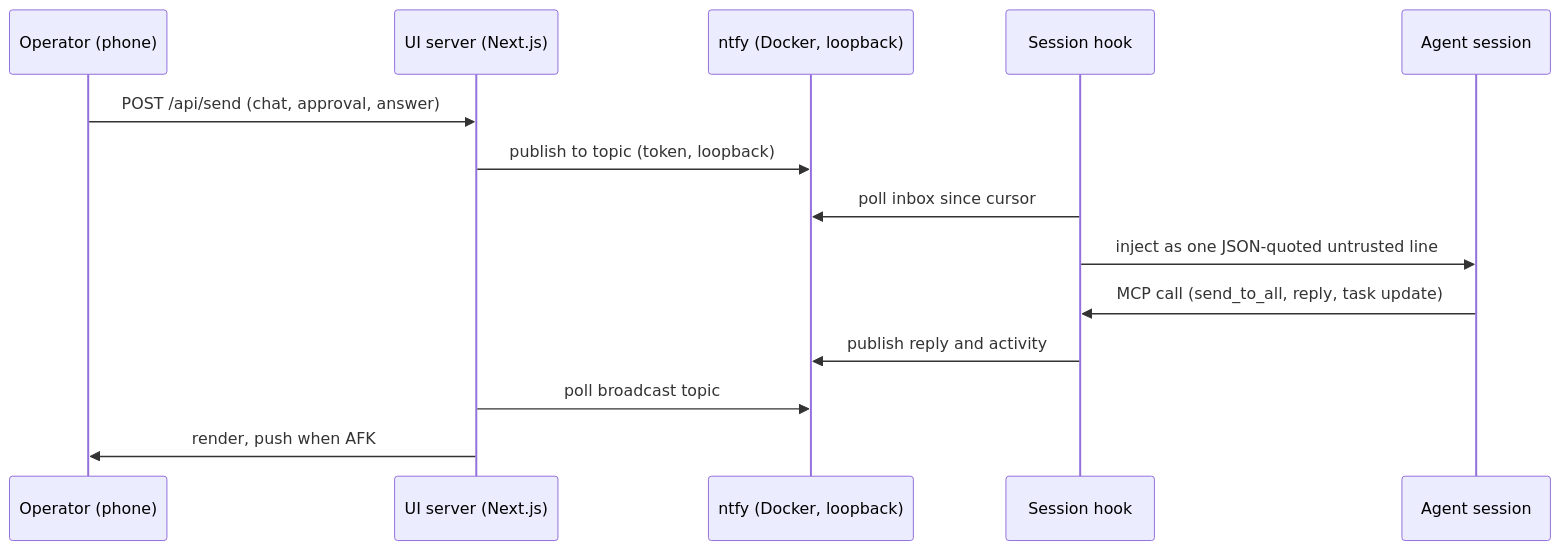
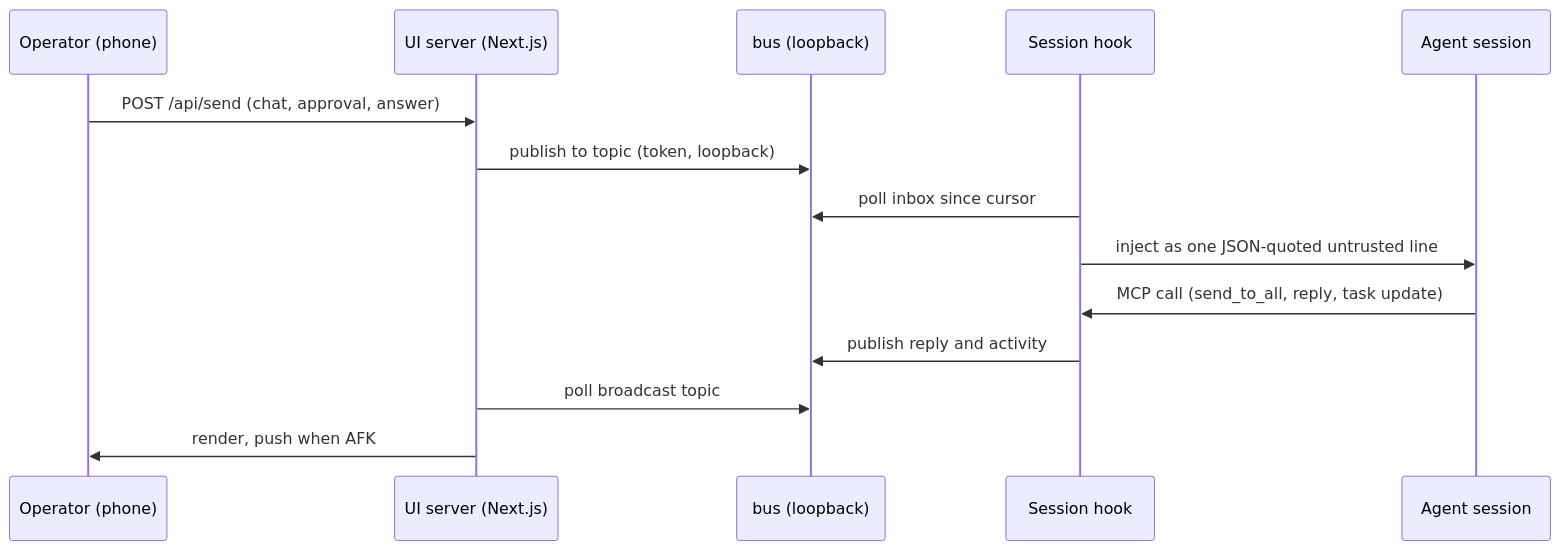
One commit to bcmyguest/ai-collab changed the second of 3 diagrams in docs/architecture-diagrams.md. Above: the diagram before and after it, drawn with Mermaid. The commit also changed other lines of this file and 64 other files, not shown here.

First line of the commit message:
feat(bus): replace the ntfy container with a local SQLite message bus

````diff
--- a/docs/architecture-diagrams.md
+++ b/docs/architecture-diagrams.md
@@ -78,17 +78,17 @@
 ```mermaid
 sequenceDiagram
   participant O as Operator (phone)
   participant U as UI server (Next.js)
-  participant N as ntfy (Docker, loopback)
+  participant N as bus (loopback)
   participant H as Session hook
   participant A as Agent session
 
   O->>U: POST /api/send (chat, approval, answer)
   U->>N: publish to topic (token, loopback)
   H->>N: poll inbox since cursor
   H->>A: inject as one JSON-quoted untrusted line
   A->>H: MCP call (send_to_all, reply, task update)
   H->>N: publish reply and activity
   U->>N: poll broadcast topic
   U->>O: render, push when AFK
 ```
````
